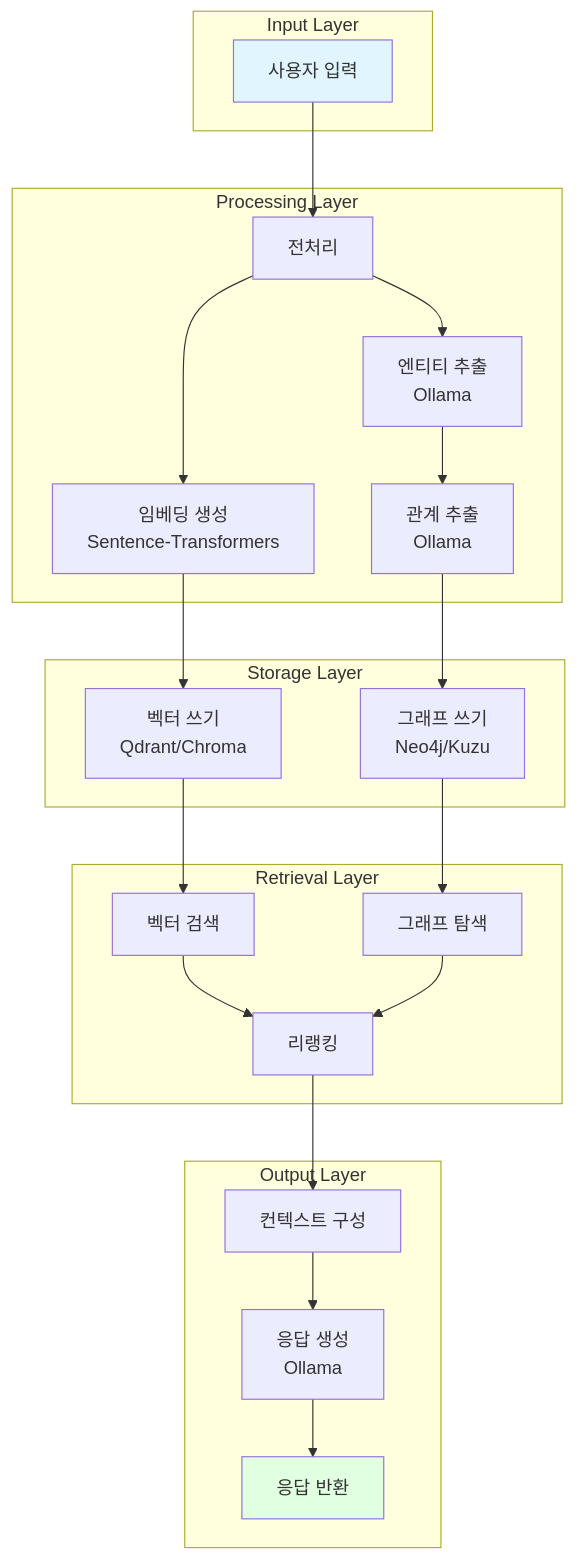
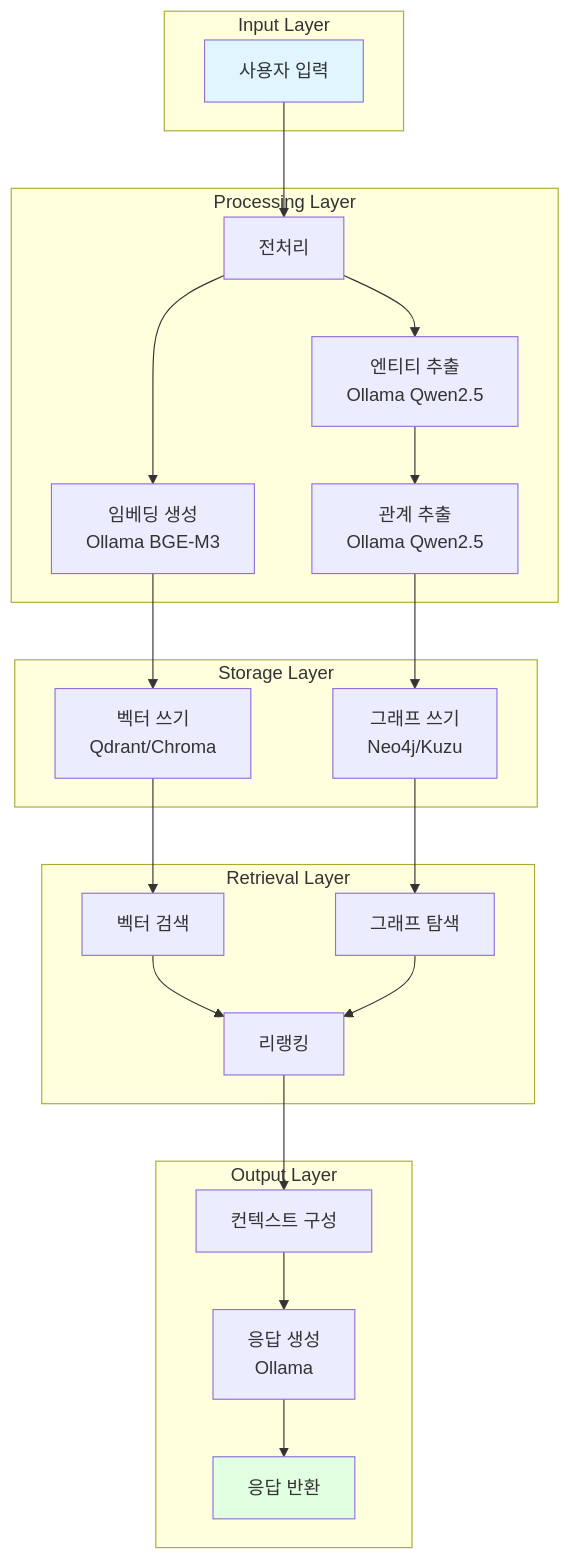
Before and after one commit to laurus-kpa007/mem0g-test: the tenth of 13 diagrams in DESIGN.md, drawn with Mermaid. The commit also changed other lines of this file, not shown here.

````diff
--- a/DESIGN.md
+++ b/DESIGN.md
@@ -462,50 +639,50 @@
 ```mermaid
 flowchart TB
     subgraph "Input Layer"
         USER[사용자 입력]
     end
 
     subgraph "Processing Layer"
         PRE[전처리]
-        LLM_ENT[엔티티 추출<br/>Ollama]
-        LLM_REL[관계 추출<br/>Ollama]
-        EMB_GEN[임베딩 생성<br/>Sentence-Transformers]
+        LLM_ENT[엔티티 추출<br/>Ollama Qwen2.5]
+        LLM_REL[관계 추출<br/>Ollama Qwen2.5]
+        EMB_GEN[임베딩 생성<br/>Ollama BGE-M3]
     end
 
     subgraph "Storage Layer"
         GRAPH_WRITE[그래프 쓰기<br/>Neo4j/Kuzu]
         VEC_WRITE[벡터 쓰기<br/>Qdrant/Chroma]
     end
 
     subgraph "Retrieval Layer"
         VEC_SEARCH[벡터 검색]
         GRAPH_SEARCH[그래프 탐색]
         RERANK[리랭킹]
     end
 
     subgraph "Output Layer"
         CONTEXT[컨텍스트 구성]
         LLM_RESP[응답 생성<br/>Ollama]
         RESPONSE[응답 반환]
     end
 
     USER --> PRE
     PRE --> LLM_ENT
     PRE --> EMB_GEN
     LLM_ENT --> LLM_REL
     LLM_REL --> GRAPH_WRITE
     EMB_GEN --> VEC_WRITE
 
     VEC_WRITE --> VEC_SEARCH
     GRAPH_WRITE --> GRAPH_SEARCH
 
     VEC_SEARCH --> RERANK
     GRAPH_SEARCH --> RERANK
 
     RERANK --> CONTEXT
     CONTEXT --> LLM_RESP
     LLM_RESP --> RESPONSE
 
     style USER fill:#e1f5ff
     style RESPONSE fill:#e1ffe1
 ```
````
